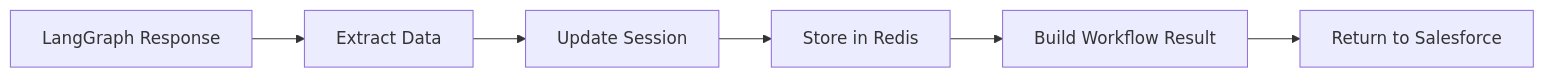
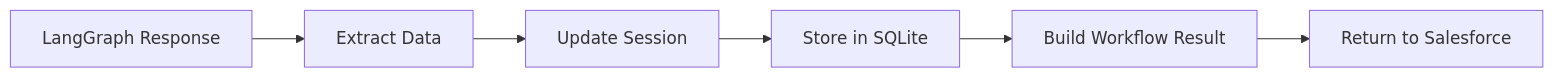
The ninth of 14 diagrams in docs/PIPELINE_FLOW.md (Yasser1AITLAZIZ/sfd-clm), drawn with Mermaid before and after one commit. The commit also changed other lines of this file and 40 other files, not shown here.

````diff
--- a/docs/PIPELINE_FLOW.md
+++ b/docs/PIPELINE_FLOW.md
@@ -228,8 +228,8 @@
 ```mermaid
 flowchart LR
     A[LangGraph Response] --> B[Extract Data]
     B --> C[Update Session]
-    C --> D[Store in Redis]
+    C --> D[Store in SQLite]
     D --> E[Build Workflow Result]
     E --> F[Return to Salesforce]
 ```
````
